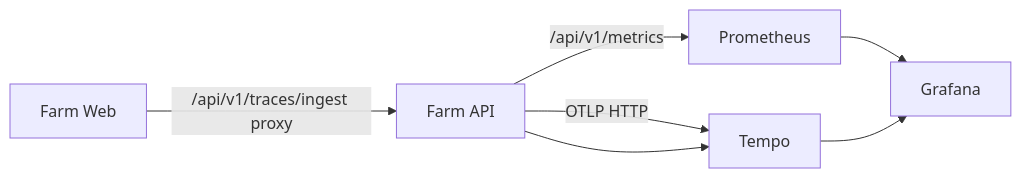
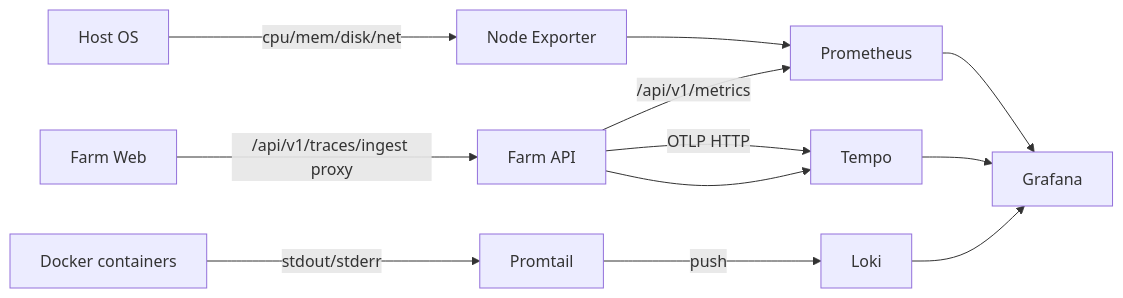
Before and after one commit to Ops-Talks/farm: the diagram in docs/developer-guide/backend/observability.md, drawn with Mermaid. The commit also changed other lines of this file and 1 other file, not shown here.

First line of the commit message:
docs(observability): update observability guides for Loki, Promtail, and Node Exporter

````diff
--- a/docs/developer-guide/backend/observability.md
+++ b/docs/developer-guide/backend/observability.md
@@ -7,9 +7,14 @@
 ```mermaid
 graph LR
     A[Farm API] -->|/api/v1/metrics| P[Prometheus]
     A -->|OTLP HTTP| T[Tempo]
     W[Farm Web] -->|/api/v1/traces/ingest proxy| A
     A --> T
+    D[Docker containers] -->|stdout/stderr| PT[Promtail]
+    PT -->|push| L[Loki]
+    H[Host OS] -->|cpu/mem/disk/net| NE[Node Exporter]
+    NE --> P
     P --> G[Grafana]
     T --> G
+    L --> G
 ```
````
